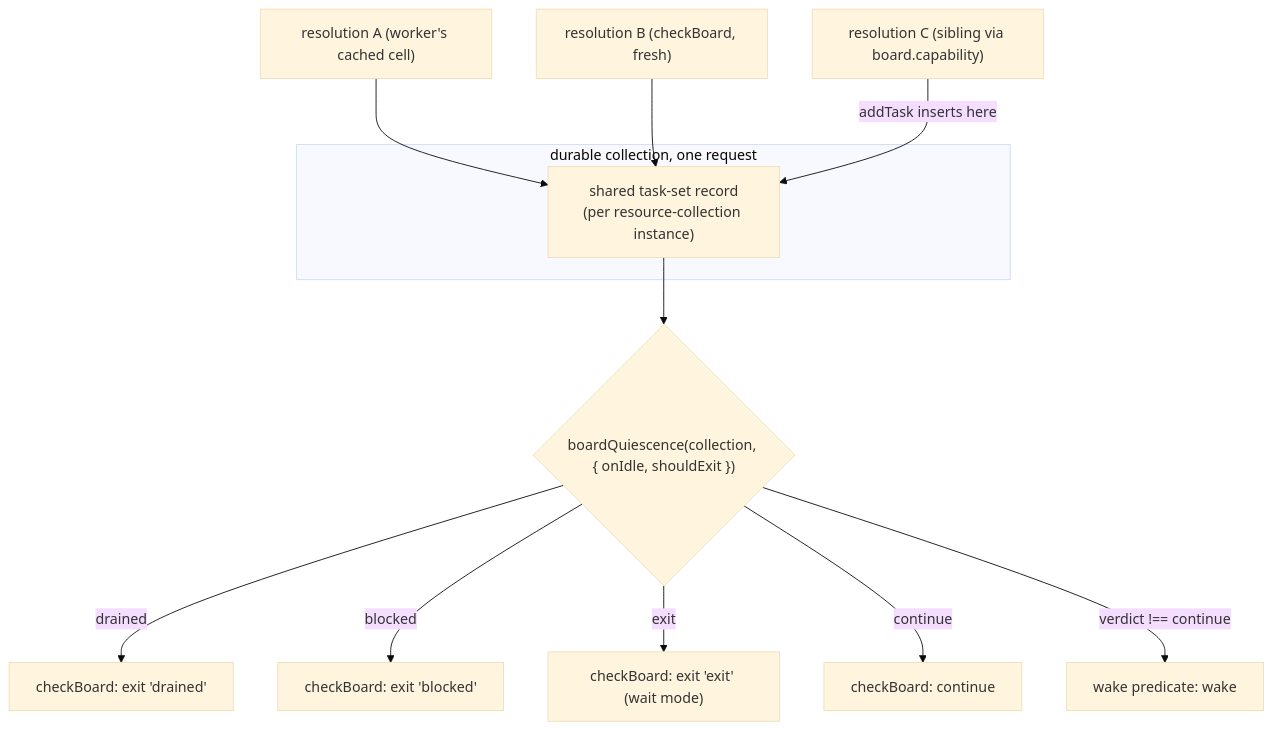
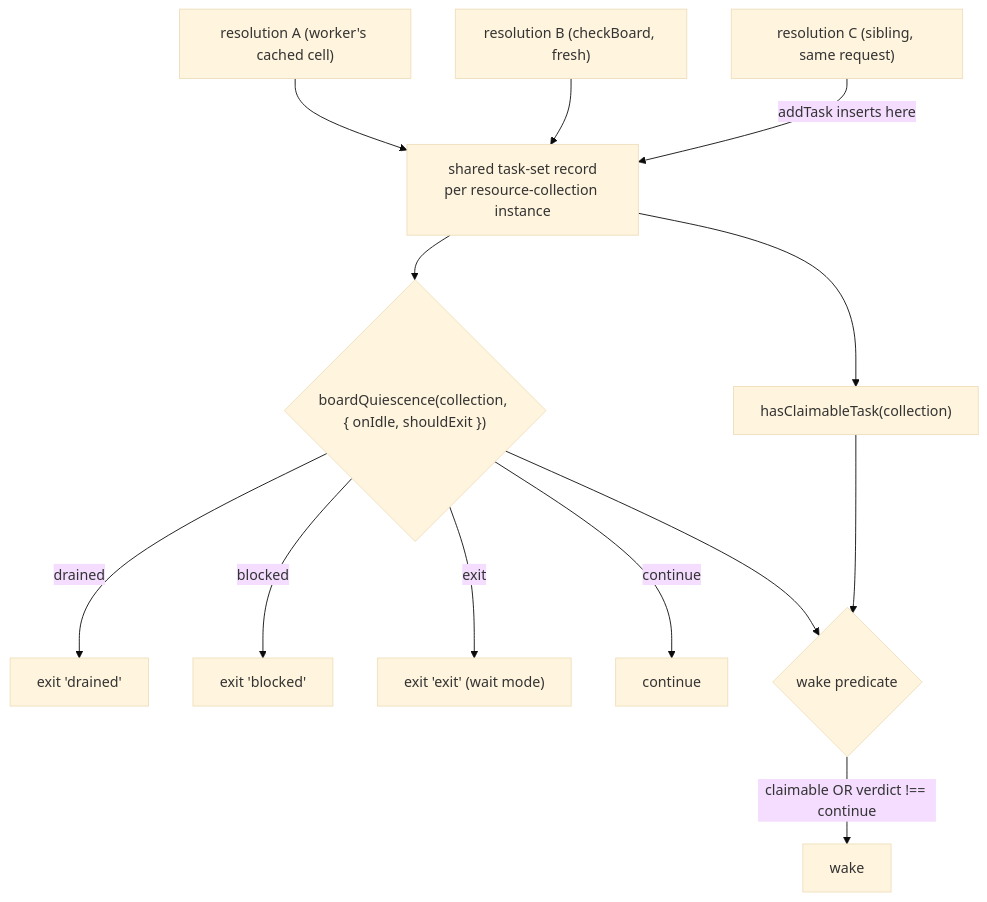
The second of 2 diagrams in docs/specs/FIX-990.md (fixpoint-labs/flow-state-dev), drawn with Mermaid (base theme) before and after one commit. The commit also changed other lines of this file, not shown here.

````diff
--- a/docs/specs/FIX-990.md
+++ b/docs/specs/FIX-990.md
@@ -307,16 +308,16 @@
 ```mermaid
 flowchart TD
-  subgraph S["durable collection, one request"]
-    SM["shared task-set record<br/>(per resource-collection instance)"]
-  end
-  RA["resolution A (worker's cached cell)"] --> SM
+  RA["resolution A (worker's cached cell)"] --> SM["shared task-set record<br/>per resource-collection instance"]
   RB["resolution B (checkBoard, fresh)"] --> SM
-  RC["resolution C (sibling via board.capability)"] -->|"addTask inserts here"| SM
+  RC["resolution C (sibling, same request)"] -->|"addTask inserts here"| SM
 
   SM --> Q{"boardQuiescence(collection, { onIdle, shouldExit })"}
-  Q -->|drained| E1["checkBoard: exit 'drained'"]
-  Q -->|blocked| E2["checkBoard: exit 'blocked'"]
-  Q -->|exit| E3["checkBoard: exit 'exit' (wait mode)"]
-  Q -->|continue| E4["checkBoard: continue"]
-  Q -->|"verdict !== continue"| WK["wake predicate: wake"]
+  Q -->|drained| E1["exit 'drained'"]
+  Q -->|blocked| E2["exit 'blocked'"]
+  Q -->|exit| E3["exit 'exit' (wait mode)"]
+  Q -->|continue| E4["continue"]
+  SM --> HC["hasClaimableTask(collection)"]
+  HC --> WK{"wake predicate"}
+  Q --> WK
+  WK -->|"claimable OR verdict !== continue"| WAKE["wake"]
 ```
````
